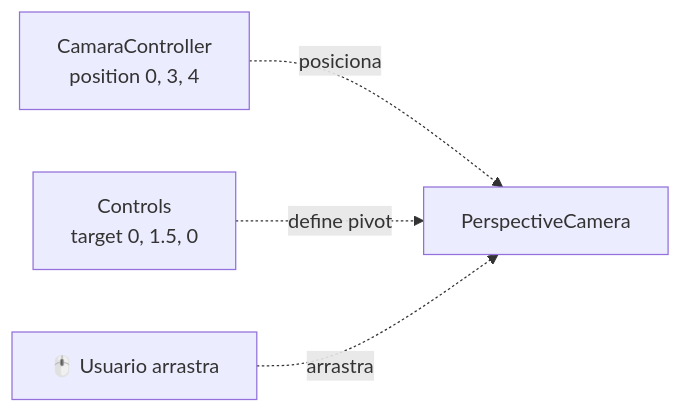
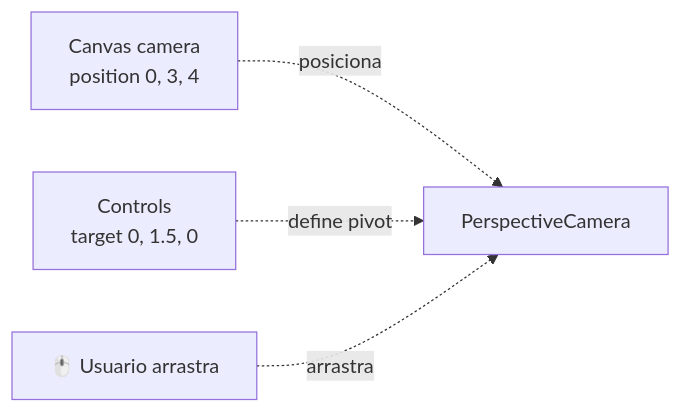
The second of 4 diagrams in docs/04-escena-3d/sistema-de-escena.md (Palcojulian/portafolio), drawn with Mermaid before and after one commit. The commit also changed other lines of this file and 5 other files, not shown here.

````diff
--- a/docs/04-escena-3d/sistema-de-escena.md
+++ b/docs/04-escena-3d/sistema-de-escena.md
@@ -113,10 +111,10 @@
 ```mermaid
 graph LR
-    Cam[CamaraController<br/>position 0, 3, 4]
+    Cam[Canvas camera<br/>position 0, 3, 4]
     Ctrl[Controls<br/>target 0, 1.5, 0]
     Visit[🖱️ Usuario arrastra]
 
     Cam -.posiciona.-> CamC[PerspectiveCamera]
     Ctrl -.define pivot.-> CamC
     Visit -.arrastra.-> CamC
 ```
````
